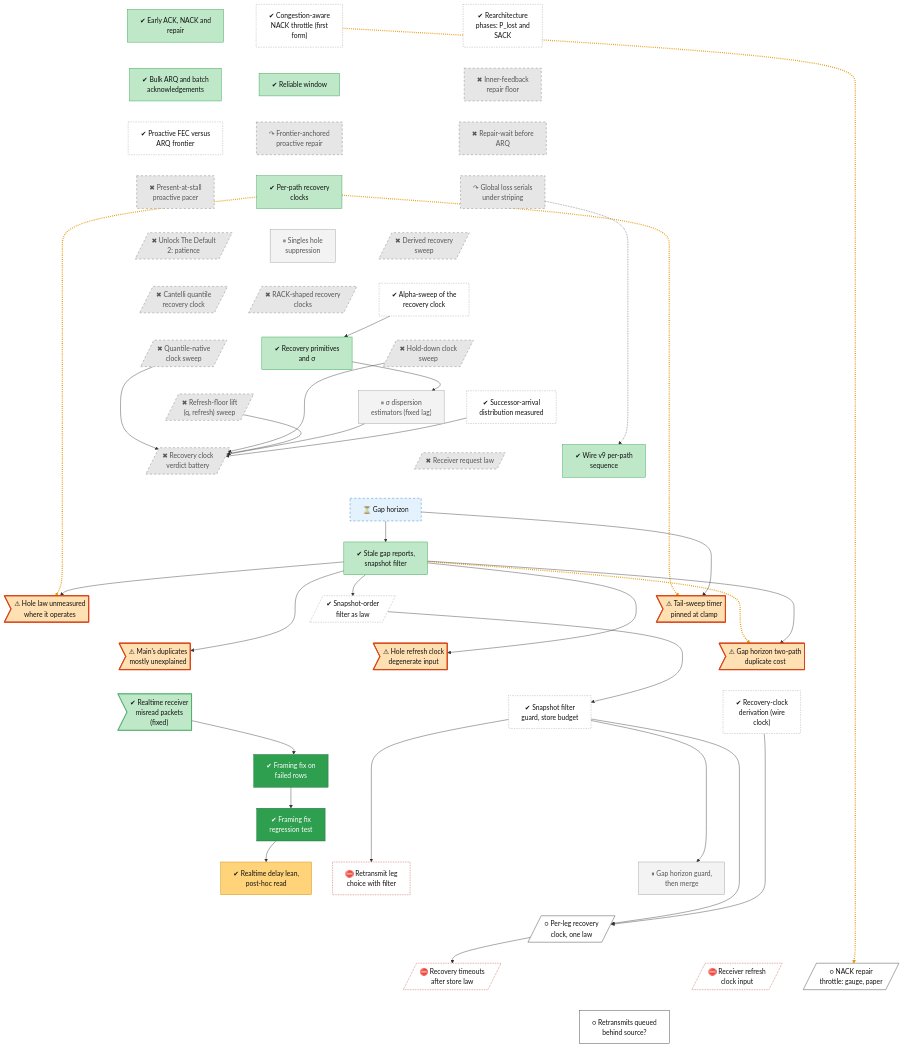
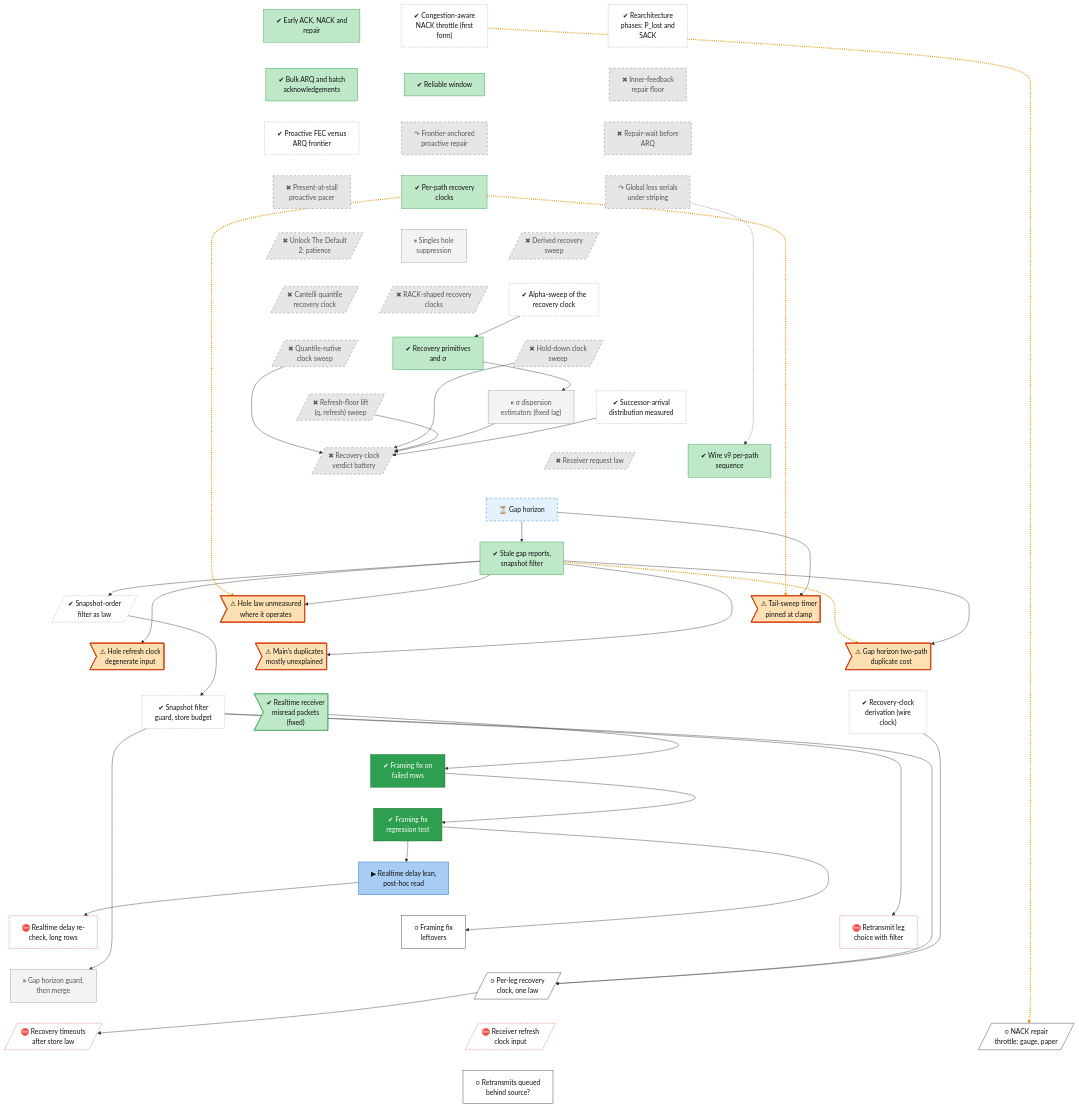
Before and after one commit to lhns/raptorpath: the diagram in docs/roadmap/tracks/rec.md, drawn with Mermaid. The commit also changed other lines of this file and 10 other files, not shown here.

````diff
--- a/docs/roadmap/tracks/rec.md
+++ b/docs/roadmap/tracks/rec.md
@@ -49,7 +49,9 @@
     rec_defect_realtime_framing>"✔ Realtime receiver<br/>misread packets<br/>(fixed)"]
     rec_s63_f2_first_contact["✔ Framing fix on<br/>failed rows"]
     rec_f2_merge_guard["✔ Framing fix<br/>regression test"]
-    rec_s64_delay_lean["✔ Realtime delay lean,<br/>post-hoc read"]
+    rec_s64_delay_lean["▶ Realtime delay lean,<br/>post-hoc read"]
+    rec_realtime_delay_recheck["⛔ Realtime delay re-<br/>check, long rows"]
+    rec_framing_followups["○ Framing fix<br/>leftovers"]
     rec_w0_leg_question["⛔ Retransmit leg<br/>choice with filter"]
     rec_leverb_guard["⏸ Gap horizon guard,<br/>then merge"]
     rec_fix_perleg_clock_n1[/"○ Per-leg recovery<br/>clock, one law"/]
@@ -99,12 +101,13 @@
     rec_defect_realtime_framing ~~~ rec_s63_f2_first_contact
     rec_s63_f2_first_contact ~~~ rec_f2_merge_guard
     rec_f2_merge_guard ~~~ rec_s64_delay_lean
-    rec_f2_merge_guard ~~~ rec_w0_leg_question
-    rec_f2_merge_guard ~~~ rec_leverb_guard
-    rec_s64_delay_lean ~~~ rec_fix_perleg_clock_n1
+    rec_s64_delay_lean ~~~ rec_realtime_delay_recheck
+    rec_s64_delay_lean ~~~ rec_framing_followups
+    rec_s64_delay_lean ~~~ rec_w0_leg_question
+    rec_realtime_delay_recheck ~~~ rec_leverb_guard
+    rec_framing_followups ~~~ rec_fix_perleg_clock_n1
     rec_w0_leg_question ~~~ rec_fix_perleg_clock_n1
-    rec_leverb_guard ~~~ rec_fix_perleg_clock_n1
-    rec_fix_perleg_clock_n1 ~~~ rec_recovery_timeouts
+    rec_leverb_guard ~~~ rec_recovery_timeouts
     rec_fix_perleg_clock_n1 ~~~ rec_fix_refresh_clock
     rec_fix_perleg_clock_n1 ~~~ rec_fix_nack_throttle
     rec_recovery_timeouts ~~~ rec_retx_behind_source
@@ -133,12 +136,14 @@
     rec_defect_realtime_framing --> rec_s63_f2_first_contact
     rec_s63_f2_first_contact --> rec_f2_merge_guard
     rec_f2_merge_guard --> rec_s64_delay_lean
+    rec_s64_delay_lean --> rec_realtime_delay_recheck
+    rec_f2_merge_guard --> rec_framing_followups
     rec_s54_session --> rec_w0_leg_question
     rec_s54_session --> rec_leverb_guard
     rec_s54_session --> rec_fix_perleg_clock_n1
     rec_wire_clock_derivation --> rec_fix_perleg_clock_n1
     rec_fix_perleg_clock_n1 --> rec_recovery_timeouts
-    linkStyle 53,54,55,65 stroke:#e69500,stroke-width:3px,stroke-dasharray:2 3
+    linkStyle 54,55,56,66 stroke:#e69500,stroke-width:3px,stroke-dasharray:2 3
     classDef vsucc fill:#2e9e4f,stroke:#1b6b34,color:#fff
     classDef succ fill:#bfe8c8,stroke:#2e9e4f,color:#111
     classDef mixed fill:#ffd37a,stroke:#c98a00,color:#111
@@ -159,7 +164,7 @@
     class rec_gap_horizon waiting
     class rec_defect_qclk_clamp,rec_defect_hole_law,rec_defect_refresh_input,rec_leverb_c1d_cost,rec_defect_base_duplicates defect
     class rec_s63_f2_first_contact,rec_f2_merge_guard vsucc
-    class rec_s64_delay_lean mixed
-    class rec_w0_leg_question,rec_recovery_timeouts,rec_fix_refresh_clock blocked
-    class rec_fix_perleg_clock_n1,rec_fix_nack_throttle,rec_retx_behind_source next
+    class rec_s64_delay_lean inprog
+    class rec_realtime_delay_recheck,rec_w0_leg_question,rec_recovery_timeouts,rec_fix_refresh_clock blocked
+    class rec_framing_followups,rec_fix_perleg_clock_n1,rec_fix_nack_throttle,rec_retx_behind_source next
 ```
````
